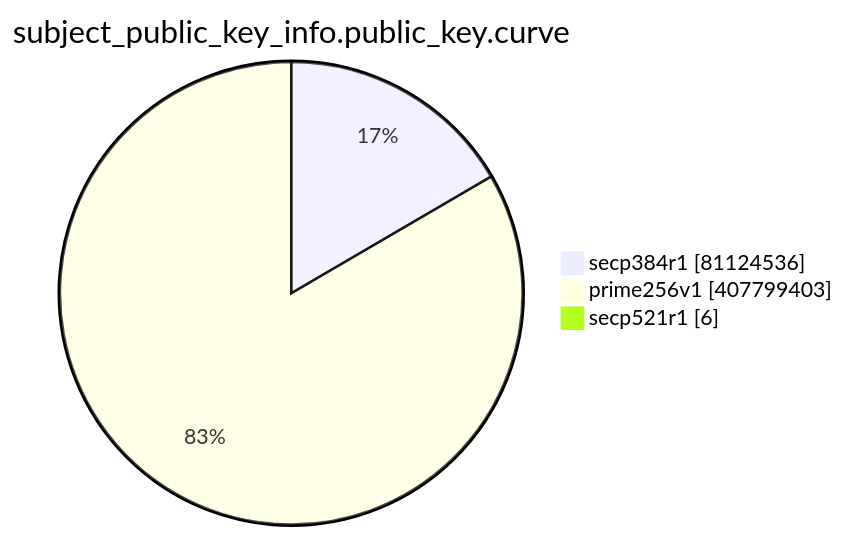
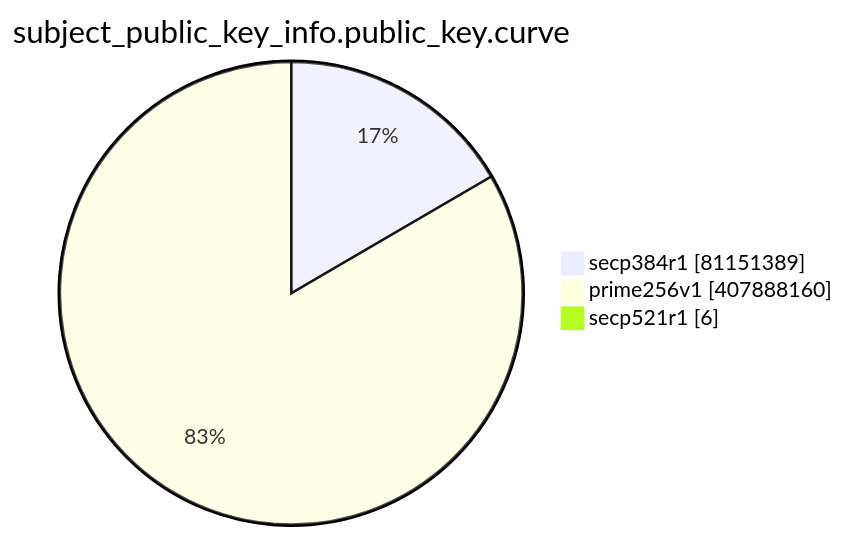
One commit to christiankrug/ctmonitor_visualization changed the eighth of 15 diagrams in TOTAL/README.md. Above: the diagram before and after it, drawn with Mermaid. The commit also changed other lines of this file, not shown here.

````diff
--- a/TOTAL/README.md
+++ b/TOTAL/README.md
@@ -3096,7 +3096,7 @@
 ```mermaid
 pie showData
 title subject_public_key_info.public_key.curve
-"secp384r1" :81124536
-"prime256v1" :407799403
+"secp384r1" :81151389
+"prime256v1" :407888160
 "secp521r1" :6
 ```
````
